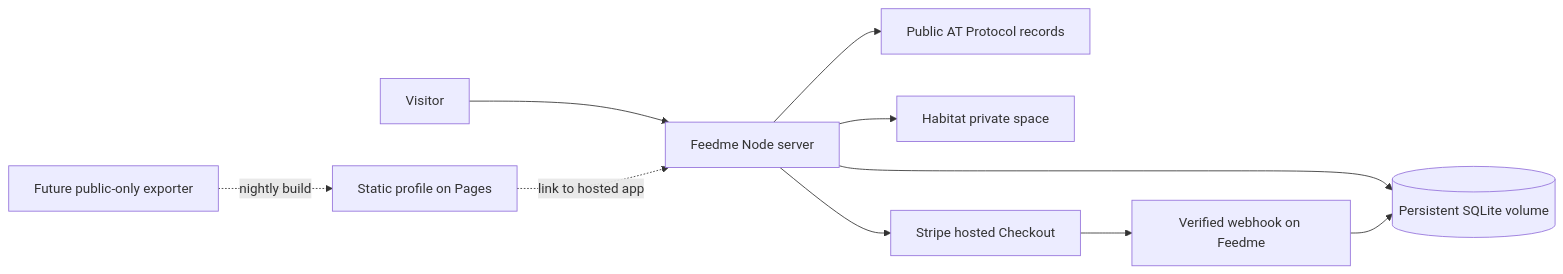
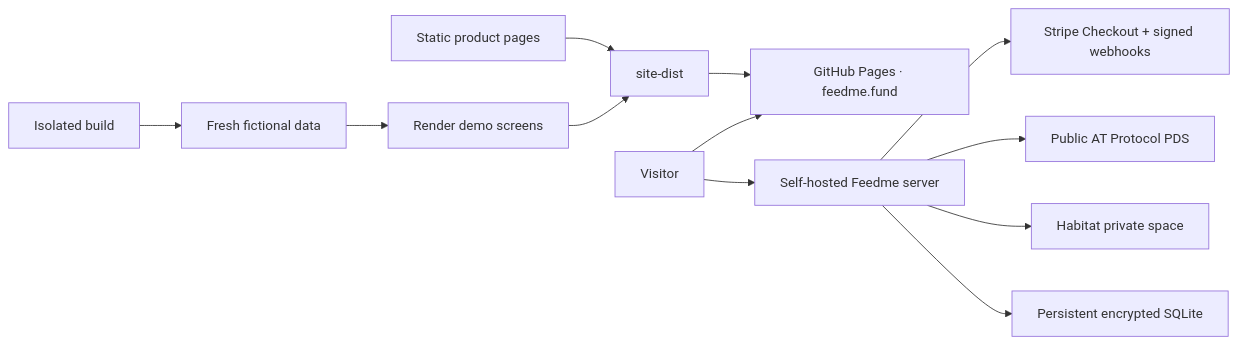
Before and after one commit to crs48/feedme: the diagram in docs/hosting.md, drawn with Mermaid. The commit also changed other lines of this file and 23 other files, not shown here.

First line of the commit message:
feat: add static product site and interactive Pages demo

````diff
--- a/docs/hosting.md
+++ b/docs/hosting.md
@@ -13,12 +13,14 @@
 ```mermaid
 flowchart LR
-  Visitor[Visitor] --> Server[Feedme Node server]
-  Server --> Disk[(Persistent SQLite volume)]
-  Server --> Public[Public AT Protocol records]
-  Server --> Private[Habitat private space]
-  Server --> Checkout[Stripe hosted Checkout]
-  Checkout --> Webhook[Verified webhook on Feedme]
-  Webhook --> Disk
-  Export[Future public-only exporter] -. nightly build .-> Pages[Static profile on Pages]
-  Pages -. link to hosted app .-> Server
+  Build[Isolated build] --> Seed[Fresh fictional data]
+  Seed --> Screens[Render demo screens]
+  Marketing[Static product pages] --> Artifact[site-dist]
+  Screens --> Artifact
+  Artifact --> Pages[GitHub Pages · feedme.fund]
+  Visitor[Visitor] --> Pages
+  Visitor --> Live[Self-hosted Feedme server]
+  Live --> Stripe[Stripe Checkout + signed webhooks]
+  Live --> Public[Public AT Protocol PDS]
+  Live --> Private[Habitat private space]
+  Live --> DB[Persistent encrypted SQLite]
 ```
````
